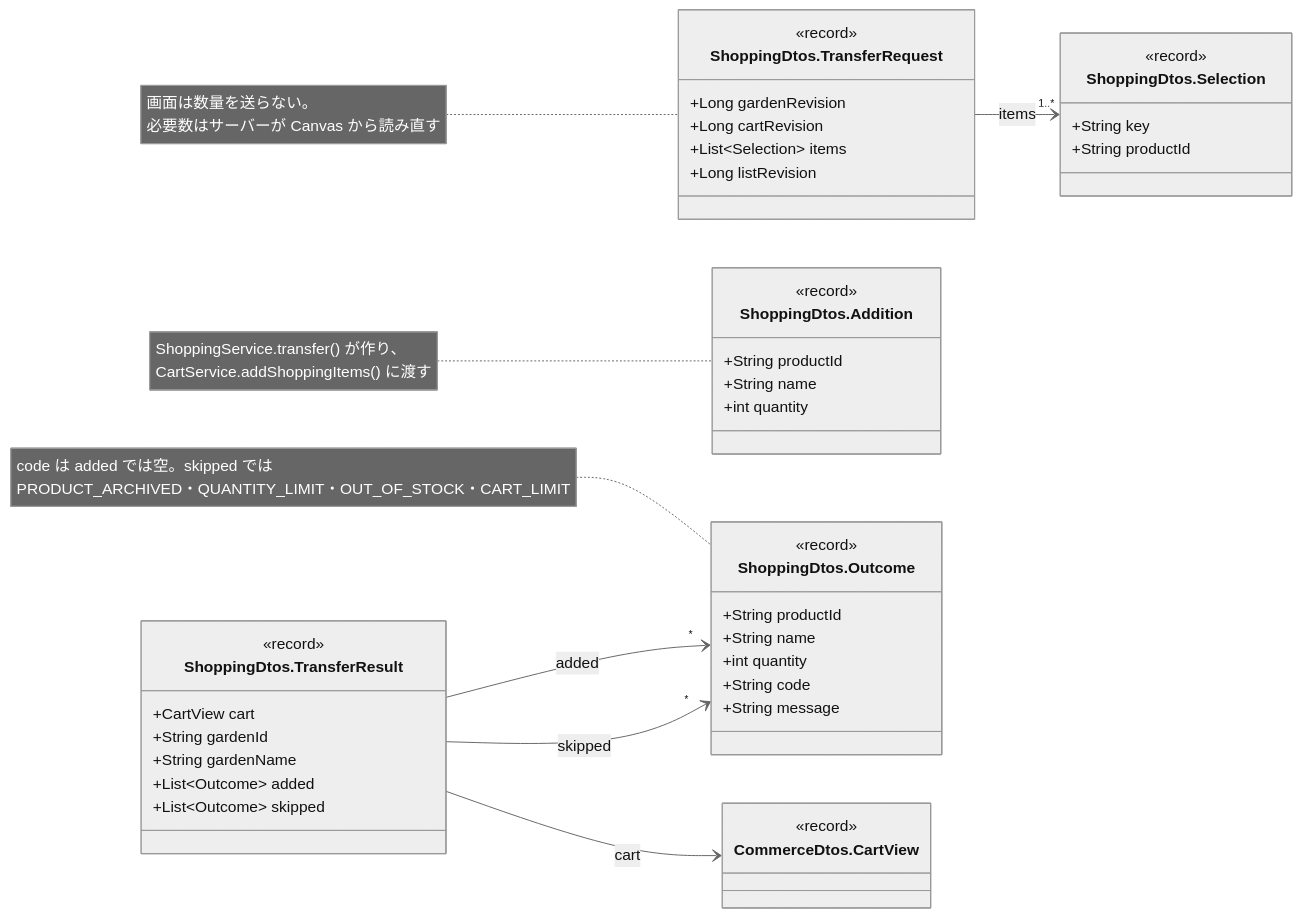
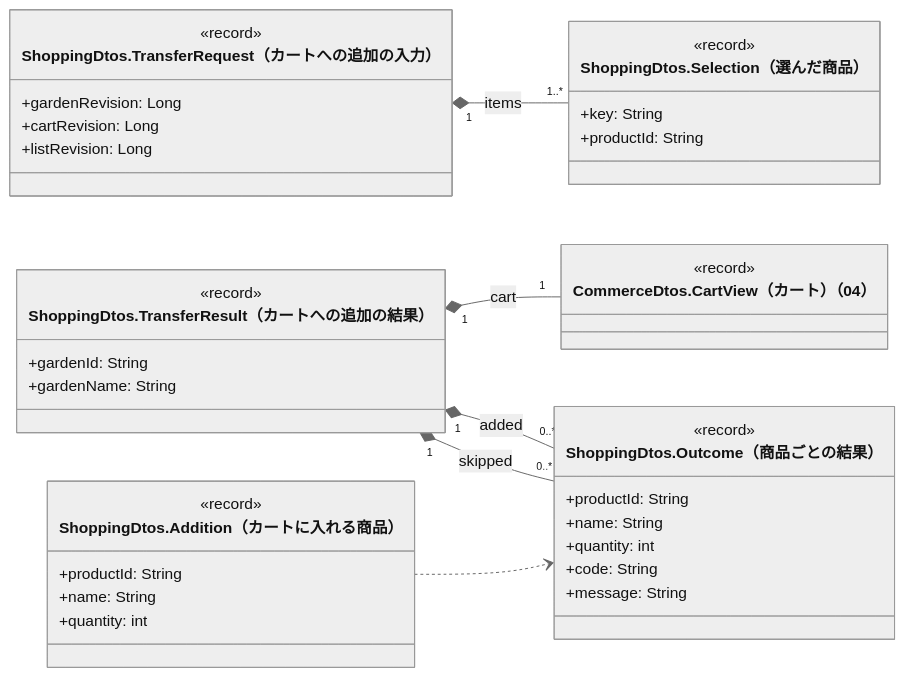
One commit to abeouga/kusakari-document changed the sixth of 8 diagrams in クラス図/kusakari-ec/06_買い物リスト.md. Above: the diagram before and after it, drawn with Mermaid (neutral theme). The commit also changed other lines of this file and 87 other files, not shown here.

Commit message:
EC のクラス図に全体図を足し、詳細図をデータとモジュールの図に分けて書き直す

````diff
--- a/クラス図/kusakari-ec/06_買い物リスト.md
+++ b/クラス図/kusakari-ec/06_買い物リスト.md
@@ -297,50 +381,43 @@
 ```mermaid
 classDiagram
-  direction LR
-  class TransferRequest["ShoppingDtos.TransferRequest"] {
-    <<record>>
-    +Long gardenRevision
-    +Long cartRevision
-    +List~Selection~ items
-    +Long listRevision
-  }
-  class Selection["ShoppingDtos.Selection"] {
-    <<record>>
-    +String key
-    +String productId
-  }
-  class Addition["ShoppingDtos.Addition"] {
-    <<record>>
-    +String productId
-    +String name
-    +int quantity
-  }
-  class TransferResult["ShoppingDtos.TransferResult"] {
-    <<record>>
-    +CartView cart
-    +String gardenId
-    +String gardenName
-    +List~Outcome~ added
-    +List~Outcome~ skipped
-  }
-  class Outcome["ShoppingDtos.Outcome"] {
-    <<record>>
-    +String productId
-    +String name
-    +int quantity
-    +String code
-    +String message
-  }
-  class CartView["CommerceDtos.CartView"] {
-    <<record>>
-  }
+    direction LR
+    class TransferRequest["ShoppingDtos.TransferRequest（カートへの追加の入力）"] {
+        <<record>>
+        +gardenRevision: Long
+        +cartRevision: Long
+        +listRevision: Long
+    }
+    class Selection["ShoppingDtos.Selection（選んだ商品）"] {
+        <<record>>
+        +key: String
+        +productId: String
+    }
+    class Addition["ShoppingDtos.Addition（カートに入れる商品）"] {
+        <<record>>
+        +productId: String
+        +name: String
+        +quantity: int
+    }
+    class TransferResult["ShoppingDtos.TransferResult（カートへの追加の結果）"] {
+        <<record>>
+        +gardenId: String
+        +gardenName: String
+    }
+    class Outcome["ShoppingDtos.Outcome（商品ごとの結果）"] {
+        <<record>>
+        +productId: String
+        +name: String
+        +quantity: int
+        +code: String
+        +message: String
+    }
+    class CartView["CommerceDtos.CartView（カート）（04）"] {
+        <<record>>
+    }
 
-  TransferRequest --> "1..*" Selection : items
-  TransferResult --> CartView : cart
-  TransferResult --> "*" Outcome : added
-  TransferResult --> "*" Outcome : skipped
-
-  note for TransferRequest "画面は数量を送らない。<br/>必要数はサーバーが Canvas から読み直す"
-  note for Addition "ShoppingService.transfer() が作り、<br/>CartService.addShoppingItems() に渡す"
-  note for Outcome "code は added では空。skipped では<br/>PRODUCT_ARCHIVED・QUANTITY_LIMIT・OUT_OF_STOCK・CART_LIMIT"
+    TransferRequest "1" *-- "1..*" Selection : items
+    TransferResult "1" *-- "1" CartView : cart
+    TransferResult "1" *-- "0..*" Outcome : added
+    TransferResult "1" *-- "0..*" Outcome : skipped
+    Addition ..> Outcome
 ```
````
